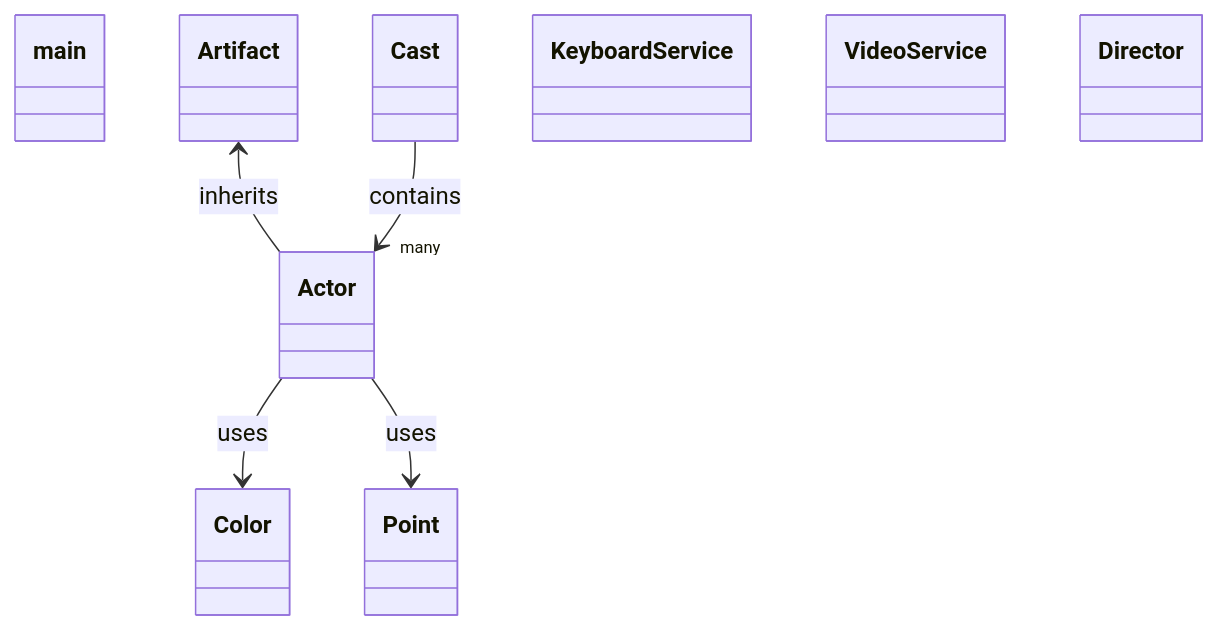
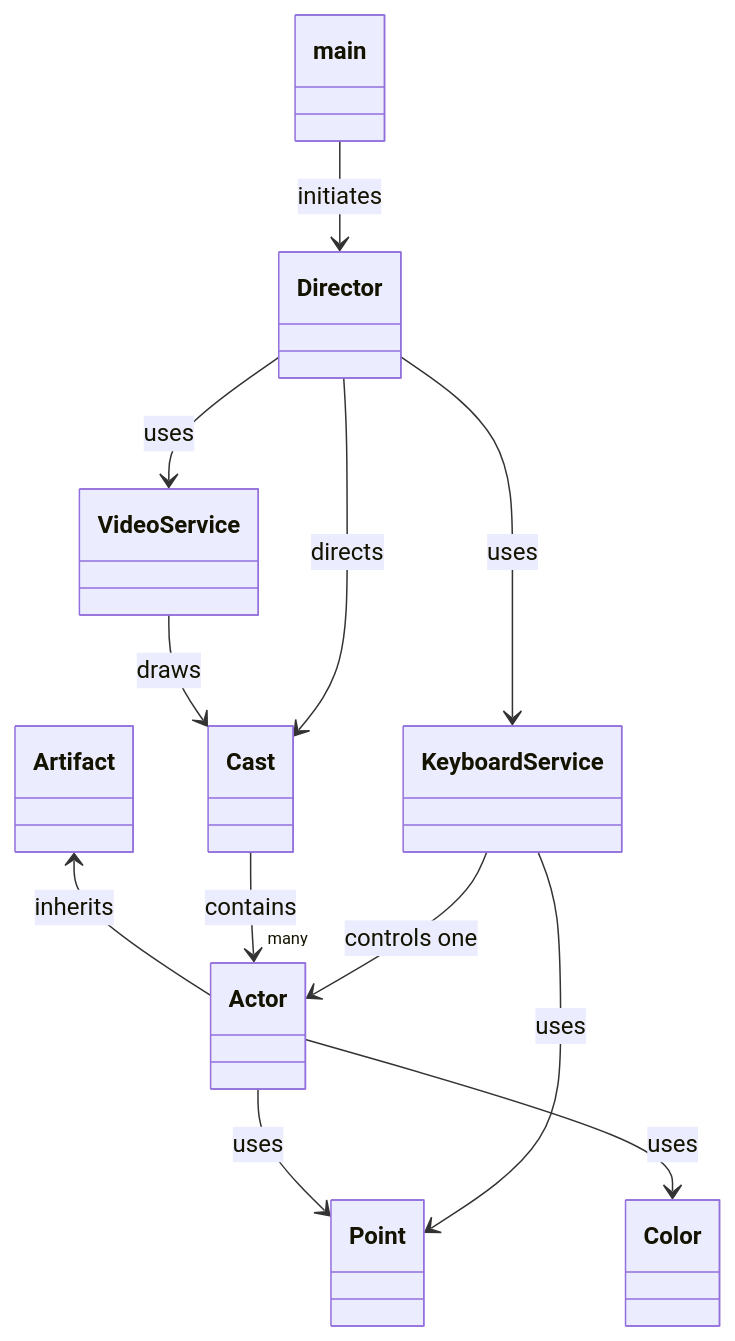
The diagram in greed/README.md (sowbyspencer/cse210-04), drawn with Mermaid before and after one commit.

Commit message:
Documentation

````diff
--- a/greed/README.md
+++ b/greed/README.md
@@ -31,34 +31,41 @@
 ```mermaid
 classDiagram
   class __main__{
 
   }
+  __main__ --> Director : initiates
   class Actor{
     
   }
   Actor --> Color : uses
   Actor --> Point : uses
   class Artifact{
     
   }
   Artifact <-- Actor : inherits
   class Cast{
     
   }
   Cast --> "many" Actor : contains
   class Color{
 
   }
   class Point{
     
   }
   class KeyboardService{
     
   }
+  KeyboardService --> Point : uses
+  KeyboardService --> Actor : controls one
   class VideoService{
     
   }
+  VideoService --> Cast : draws
   class Director{
     
   }
+  Director --> KeyboardService : uses
+  Director --> VideoService : uses
+  Director --> Cast : directs
 ```
````
